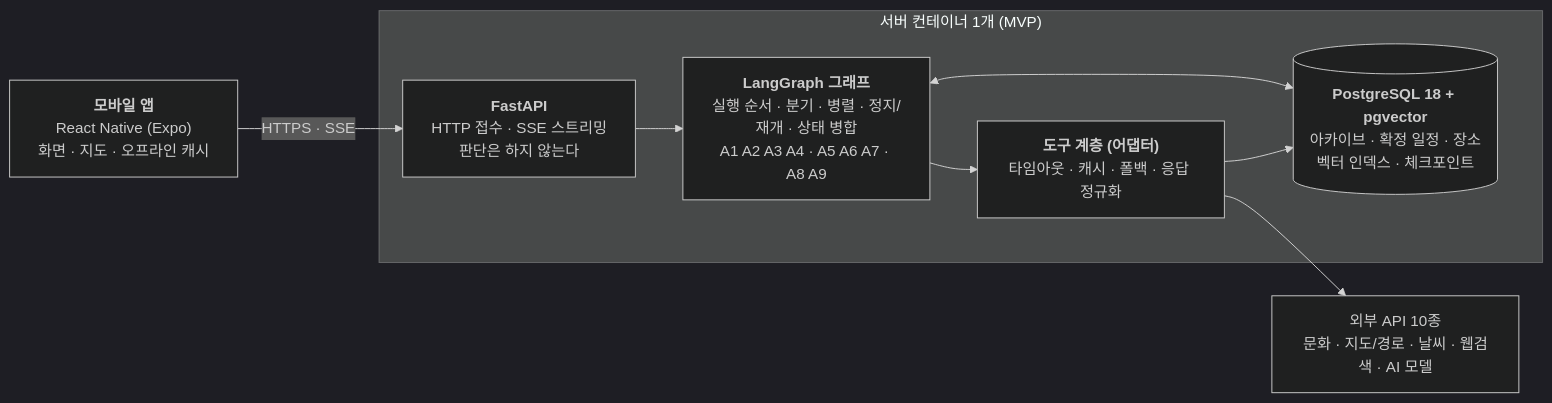
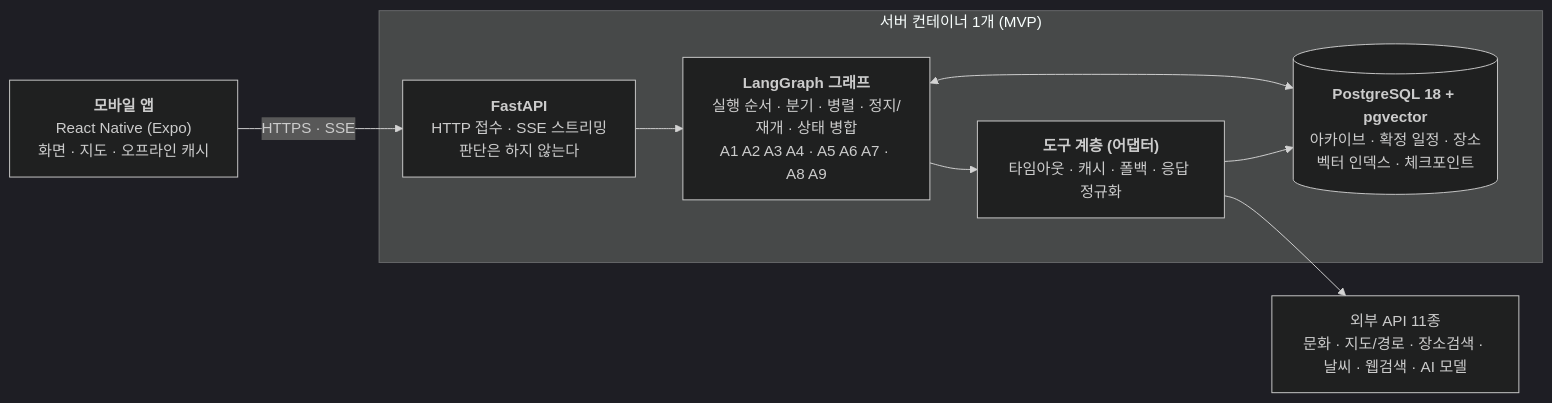
Before and after one commit to ChaeUngLim/CulturePilot_AI-main: the second of 4 diagrams in culturemate/docs/SYSTEM_C4.md, drawn with Mermaid (dark theme). The commit also changed 13 other files, not shown here.

````diff
--- a/culturemate/docs/SYSTEM_C4.md
+++ b/culturemate/docs/SYSTEM_C4.md
@@ -72,20 +72,20 @@
 ```mermaid
 graph LR
     APP["<b>모바일 앱</b><br/>React Native (Expo)<br/>화면 · 지도 · 오프라인 캐시"]
 
     subgraph SRV["서버 컨테이너 1개 (MVP)"]
         API["<b>FastAPI</b><br/>HTTP 접수 · SSE 스트리밍<br/>판단은 하지 않는다"]
         G["<b>LangGraph 그래프</b><br/>실행 순서 · 분기 · 병렬 · 정지/재개 · 상태 병합<br/>A1 A2 A3 A4 · A5 A6 A7 · A8 A9"]
         T["<b>도구 계층 (어댑터)</b><br/>타임아웃 · 캐시 · 폴백 · 응답 정규화"]
         DB[("<b>PostgreSQL 18 + pgvector</b><br/>아카이브 · 확정 일정 · 장소<br/>벡터 인덱스 · 체크포인트")]
     end
 
-    EXT["외부 API 10종<br/>문화 · 지도/경로 · 날씨 · 웹검색 · AI 모델"]
+    EXT["외부 API 11종<br/>문화 · 지도/경로 · 장소검색 · 날씨 · 웹검색 · AI 모델"]
 
     APP -->|HTTPS · SSE| API
     API --> G
     G --> T
     T --> EXT
     G <--> DB
     T --> DB
 ```
````
